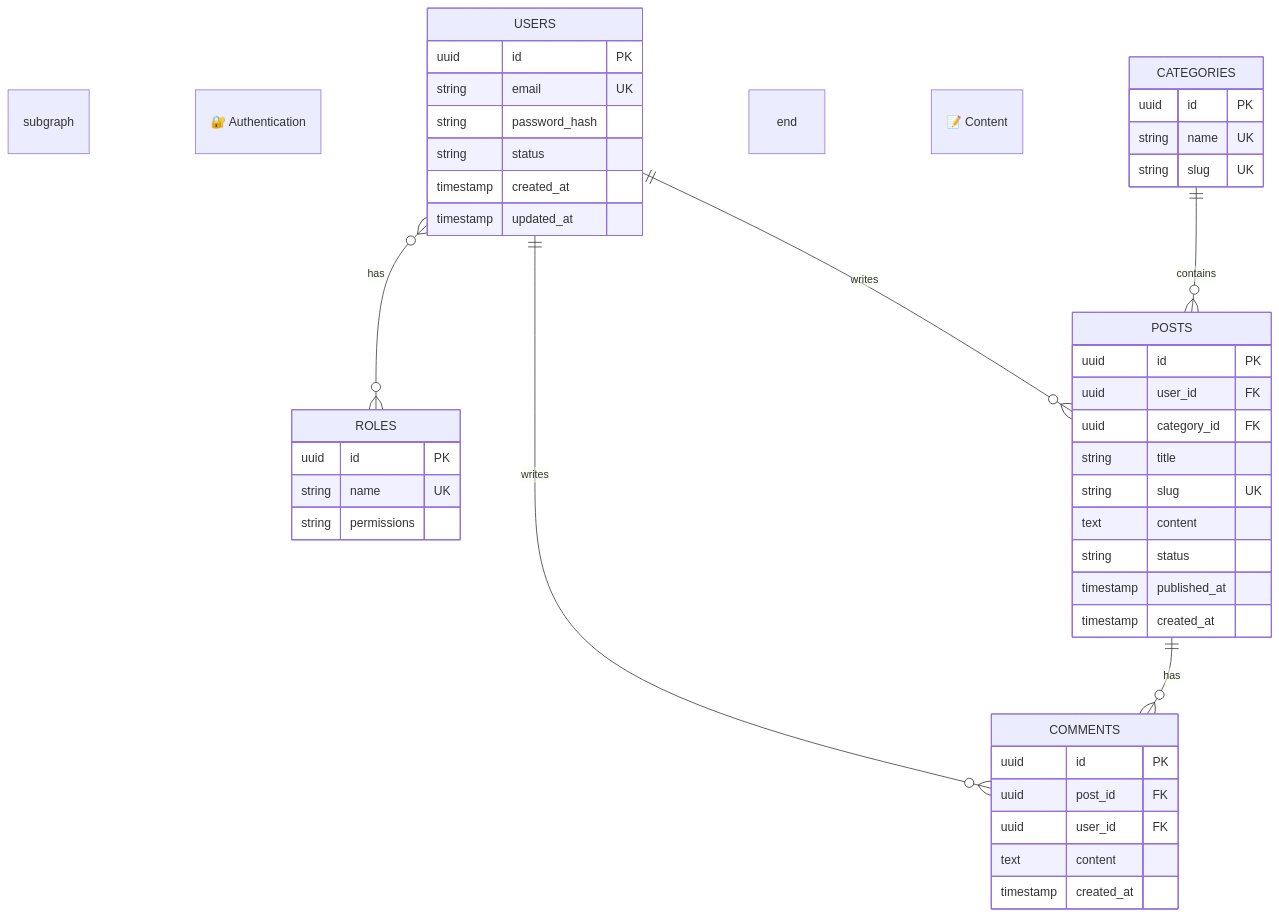
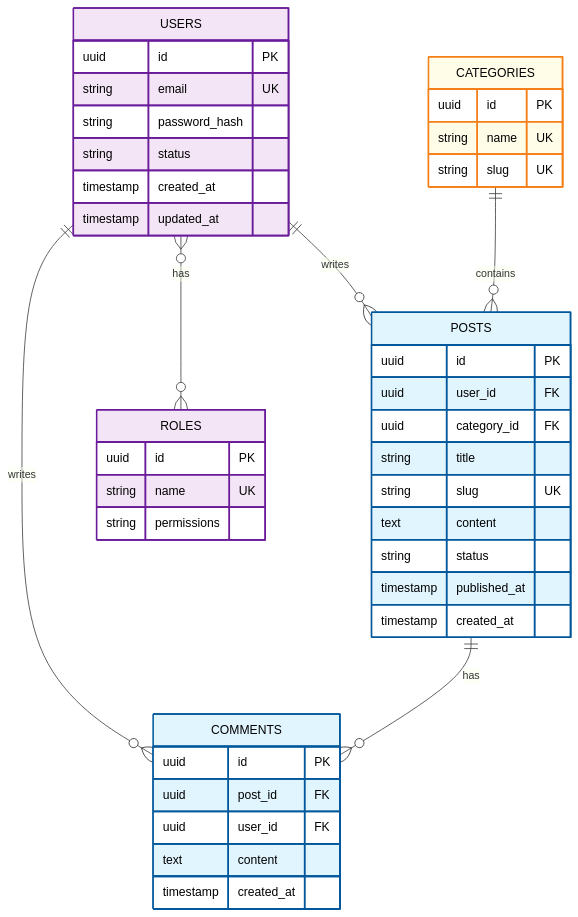
One commit to codeworksID/everything-backend changed the second of 15 diagrams in .agents/skills/backend-visualize/SKILL.md. Above: the diagram before and after it, drawn with Mermaid. The commit also changed other lines of this file, not shown here.

Commit message:
fixed backedn visualize with mermaid

````diff
--- a/.agents/skills/backend-visualize/SKILL.md
+++ b/.agents/skills/backend-visualize/SKILL.md
@@ -117,60 +117,62 @@
 ```mermaid
 erDiagram
-    subgraph Authentication["🔐 Authentication"]
-        USERS
-        ROLES
-    end
-
-    subgraph Content["📝 Content"]
-        POSTS
-        CATEGORIES
-        COMMENTS
-    end
-
+    %% 🔐 Authentication
     USERS ||--o{ POSTS : writes
     USERS ||--o{ COMMENTS : writes
+    USERS }o--o{ ROLES : has
+
+    %% 📝 Content
     POSTS ||--o{ COMMENTS : has
     CATEGORIES ||--o{ POSTS : contains
-    USERS }o--o{ ROLES : has
 
     USERS {
         uuid id PK
         string email UK
         string password_hash
         string status
         timestamp created_at
         timestamp updated_at
     }
 
     ROLES {
         uuid id PK
         string name UK
         string permissions
     }
 
     POSTS {
         uuid id PK
         uuid user_id FK
         uuid category_id FK
         string title
         string slug UK
         text content
         string status
         timestamp published_at
         timestamp created_at
     }
 
     CATEGORIES {
         uuid id PK
         string name UK
         string slug UK
     }
 
     COMMENTS {
         uuid id PK
         uuid post_id FK
         uuid user_id FK
         text content
         timestamp created_at
     }
+
+    %% Per-group classDefs (semantic, not shape-based)
+    %% NOTE: erDiagram does NOT use semicolons after classDef/class statements.
+    classDef auth fill:#f3e5f5,stroke:#6a1b9a,stroke-width:2px,color:#000
+    classDef content fill:#e1f5fe,stroke:#01579b,stroke-width:2px,color:#000
+    classDef boundary fill:#fffde7,stroke:#f57f17,stroke-width:2px,color:#000
+
+    class USERS,ROLES auth
+    class POSTS,COMMENTS content
+    class CATEGORIES boundary
 ```
````
